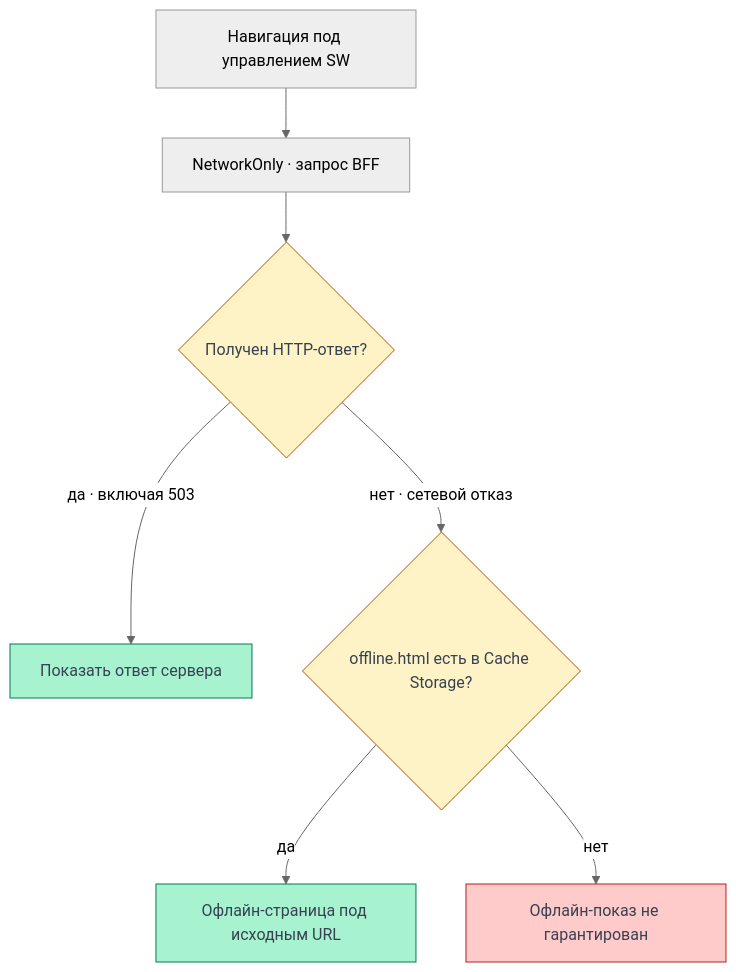
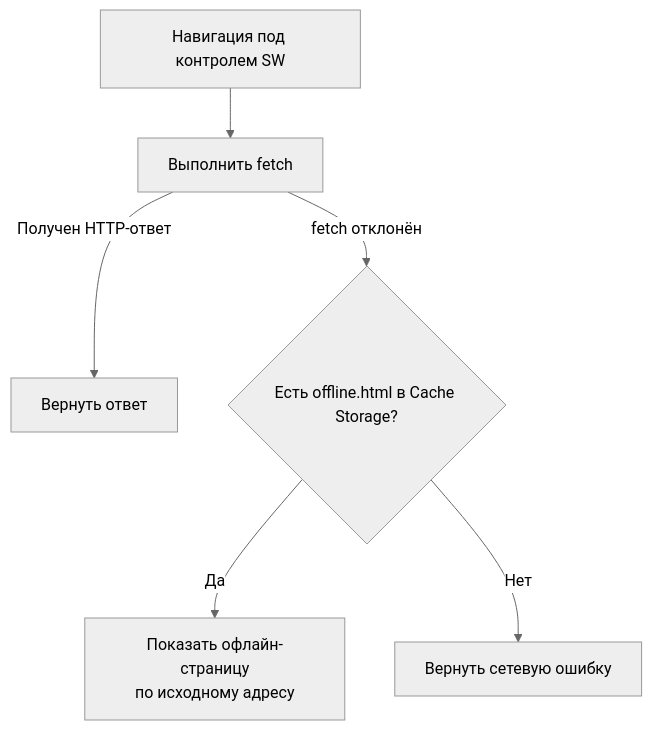
Before and after one commit to Cringe-Driven-Development-Team/docs: the diagram in site/documentation/offline/index.md, drawn with Mermaid (neutral theme). The commit also changed other lines of this file and 4 other files, not shown here.

````diff
--- a/site/documentation/offline/index.md
+++ b/site/documentation/offline/index.md
@@ -151,16 +40,8 @@
 ```mermaid
-%% Flowchart: подстановка применяется к отказу навигации, а не к статусу HTTP.
-flowchart TB
-  navigation["Навигация под управлением SW"] --> networkOnly["NetworkOnly · запрос BFF"]
-  networkOnly --> gotResponse{"Получен HTTP-ответ?"}
-  gotResponse -->|"да · включая 503"| serverResponse["Показать ответ сервера"]
-  gotResponse -->|"нет · сетевой отказ"| savedPage{"offline.html есть в Cache Storage?"}
-  savedPage -->|"да"| offlineResponse["Офлайн-страница под исходным URL"]
-  savedPage -->|"нет"| unavailable["Офлайн-показ не гарантирован"]
-  classDef decision fill:#fef3c7,stroke:#b45309,color:#374151
-  classDef success fill:#a7f3d0,stroke:#047857,color:#374151
-  classDef error fill:#fecaca,stroke:#b91c1c,color:#374151
-  class gotResponse,savedPage decision
-  class serverResponse,offlineResponse success
-  class unavailable error
+flowchart TD
+  N["Навигация под контролем SW"] --> F["Выполнить fetch"]
+  F -->|"Получен HTTP-ответ"| R["Вернуть ответ"]
+  F -->|"fetch отклонён"| C{"Есть offline.html в Cache Storage?"}
+  C -->|"Да"| H["Показать офлайн-страницу<br>по исходному адресу"]
+  C -->|"Нет"| E["Вернуть сетевую ошибку"]
 ```
````
